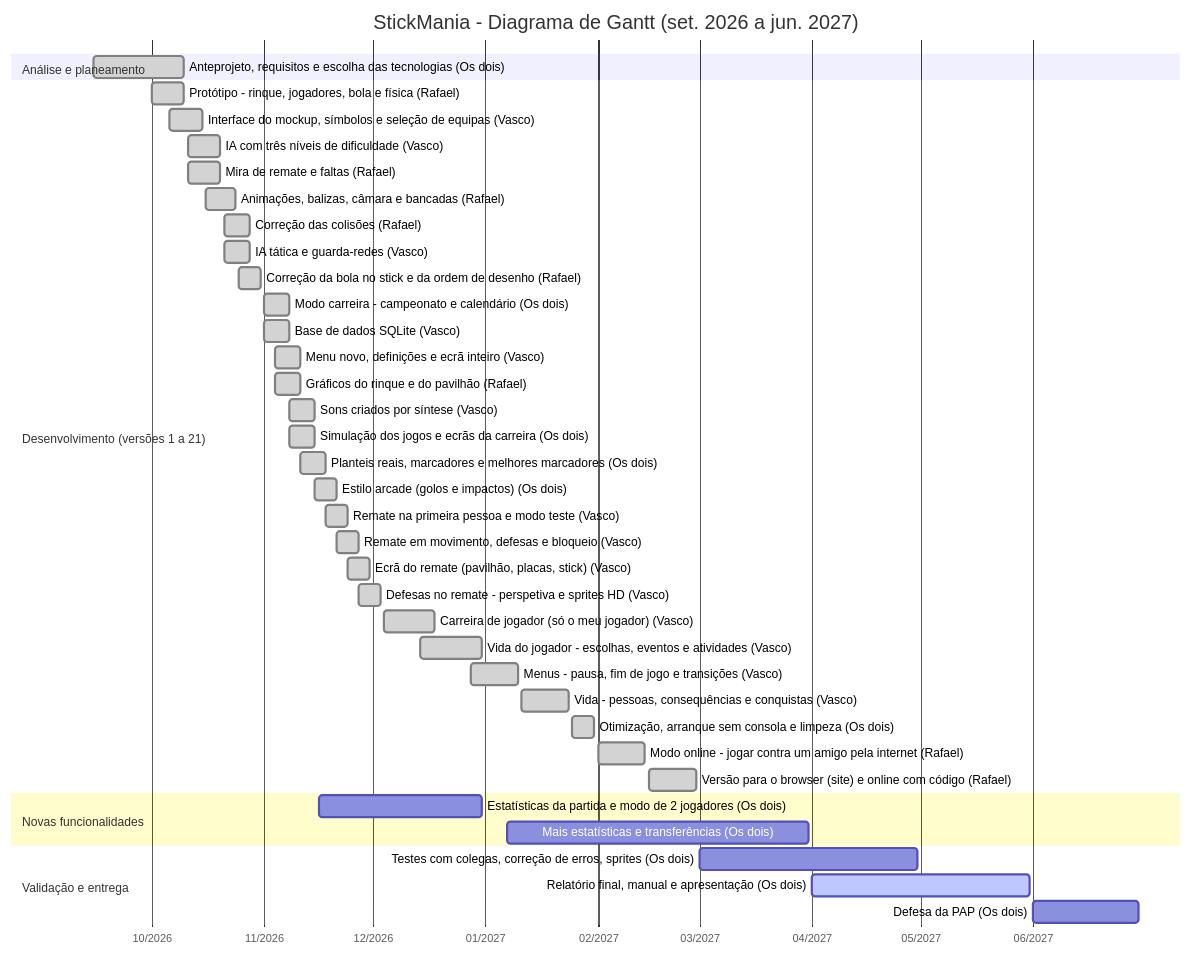
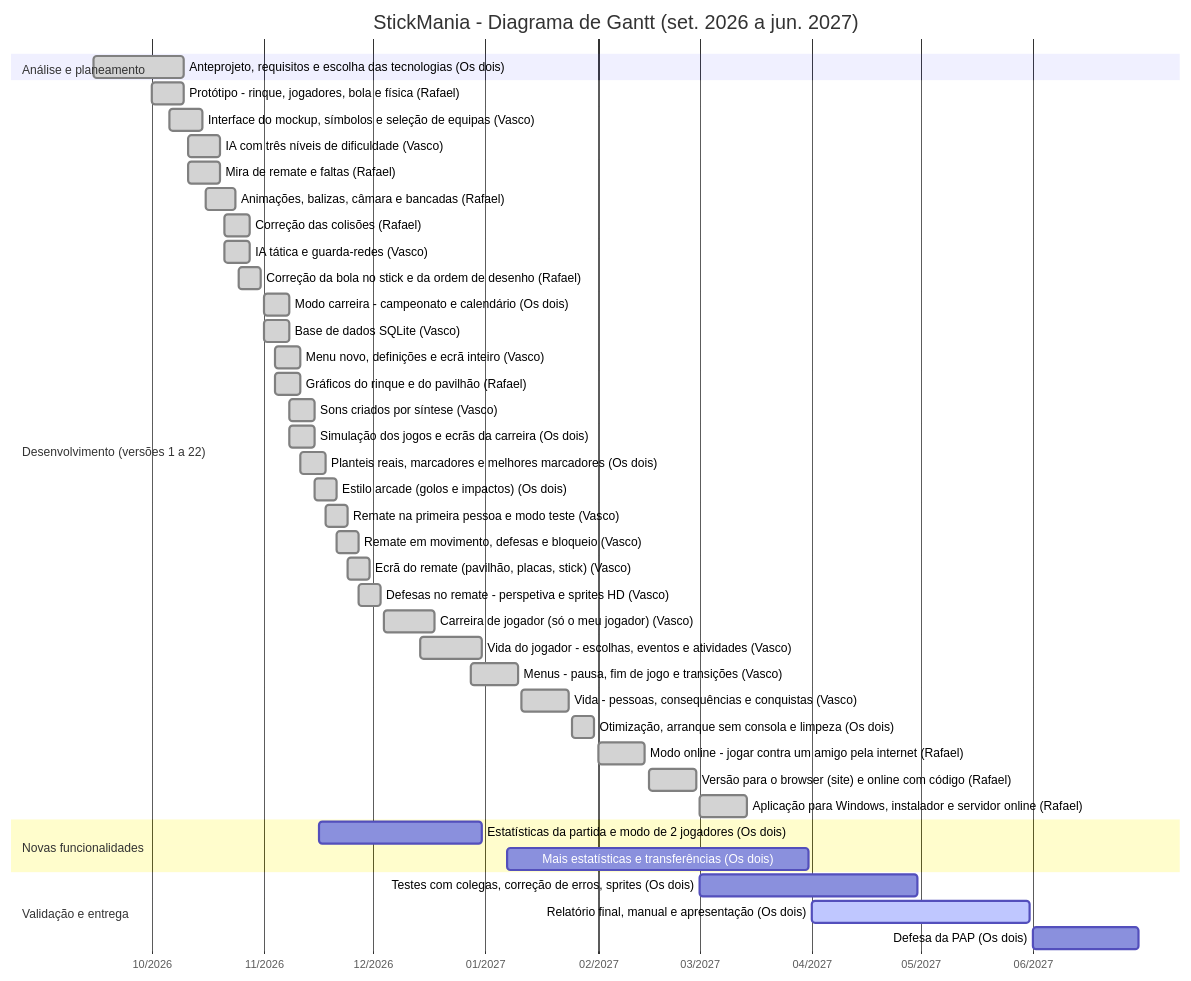
The diagram in docs/GANTT.md (RafaelSilveira23/Stickmaniapap), drawn with Mermaid before and after one commit. The commit also changed other lines of this file and 42 other files, not shown here.

First line of the commit message:
feat: aplicacao para Windows com instalador e servidor online

````diff
--- a/docs/GANTT.md
+++ b/docs/GANTT.md
@@ -13,45 +13,46 @@
 ```mermaid
 gantt
     title StickMania - Diagrama de Gantt (set. 2026 a jun. 2027)
     dateFormat YYYY-MM-DD
     axisFormat %m/%Y
     tickInterval 1month
     todayMarker off
     section Análise e planeamento
     Anteprojeto, requisitos e escolha das tecnologias (Os dois) :done, t1, 2026-09-15, 2026-10-10
-    section Desenvolvimento (versões 1 a 21)
+    section Desenvolvimento (versões 1 a 22)
     Protótipo - rinque, jogadores, bola e física (Rafael) :done, t2, 2026-10-01, 2026-10-10
     Interface do mockup, símbolos e seleção de equipas (Vasco) :done, t3, 2026-10-06, 2026-10-15
     IA com três níveis de dificuldade (Vasco) :done, t4, 2026-10-11, 2026-10-20
     Mira de remate e faltas (Rafael) :done, t5, 2026-10-11, 2026-10-20
     Animações, balizas, câmara e bancadas (Rafael) :done, t6, 2026-10-16, 2026-10-24
     Correção das colisões (Rafael) :done, t7, 2026-10-21, 2026-10-28
     IA tática e guarda-redes (Vasco) :done, t8, 2026-10-21, 2026-10-28
     Correção da bola no stick e da ordem de desenho (Rafael) :done, t9, 2026-10-25, 2026-10-31
     Modo carreira - campeonato e calendário (Os dois) :done, t10, 2026-11-01, 2026-11-08
     Base de dados SQLite (Vasco) :done, t11, 2026-11-01, 2026-11-08
     Menu novo, definições e ecrã inteiro (Vasco) :done, t12, 2026-11-04, 2026-11-11
     Gráficos do rinque e do pavilhão (Rafael) :done, t13, 2026-11-04, 2026-11-11
     Sons criados por síntese (Vasco) :done, t14, 2026-11-08, 2026-11-15
     Simulação dos jogos e ecrãs da carreira (Os dois) :done, t15, 2026-11-08, 2026-11-15
     Planteis reais, marcadores e melhores marcadores (Os dois) :done, t16, 2026-11-11, 2026-11-18
     Estilo arcade (golos e impactos) (Os dois) :done, t17, 2026-11-15, 2026-11-21
     Remate na primeira pessoa e modo teste (Vasco) :done, t18, 2026-11-18, 2026-11-24
     Remate em movimento, defesas e bloqueio (Vasco) :done, t19, 2026-11-21, 2026-11-27
     Ecrã do remate (pavilhão, placas, stick) (Vasco) :done, t20, 2026-11-24, 2026-11-30
     Defesas no remate - perspetiva e sprites HD (Vasco) :done, t21, 2026-11-27, 2026-12-03
     Carreira de jogador (só o meu jogador) (Vasco) :done, t22, 2026-12-04, 2026-12-18
     Vida do jogador - escolhas, eventos e atividades (Vasco) :done, t23, 2026-12-14, 2026-12-31
     Menus - pausa, fim de jogo e transições (Vasco) :done, t24, 2026-12-28, 2027-01-10
     Vida - pessoas, consequências e conquistas (Vasco) :done, t25, 2027-01-11, 2027-01-24
     Otimização, arranque sem consola e limpeza (Os dois) :done, t26, 2027-01-25, 2027-01-31
     Modo online - jogar contra um amigo pela internet (Rafael) :done, t27, 2027-02-01, 2027-02-14
     Versão para o browser (site) e online com código (Rafael) :done, t28, 2027-02-15, 2027-02-28
+    Aplicação para Windows, instalador e servidor online (Rafael) :done, t29, 2027-03-01, 2027-03-14
     section Novas funcionalidades
-    Estatísticas da partida e modo de 2 jogadores (Os dois) :t29, 2026-11-16, 2026-12-31
-    Mais estatísticas e transferências (Os dois) :t30, 2027-01-07, 2027-03-31
+    Estatísticas da partida e modo de 2 jogadores (Os dois) :t30, 2026-11-16, 2026-12-31
+    Mais estatísticas e transferências (Os dois) :t31, 2027-01-07, 2027-03-31
     section Validação e entrega
-    Testes com colegas, correção de erros, sprites (Os dois) :t31, 2027-03-01, 2027-04-30
-    Relatório final, manual e apresentação (Os dois) :active, t32, 2027-04-01, 2027-05-31
-    Defesa da PAP (Os dois) :t33, 2027-06-01, 2027-06-30
+    Testes com colegas, correção de erros, sprites (Os dois) :t32, 2027-03-01, 2027-04-30
+    Relatório final, manual e apresentação (Os dois) :active, t33, 2027-04-01, 2027-05-31
+    Defesa da PAP (Os dois) :t34, 2027-06-01, 2027-06-30
 ```
````
